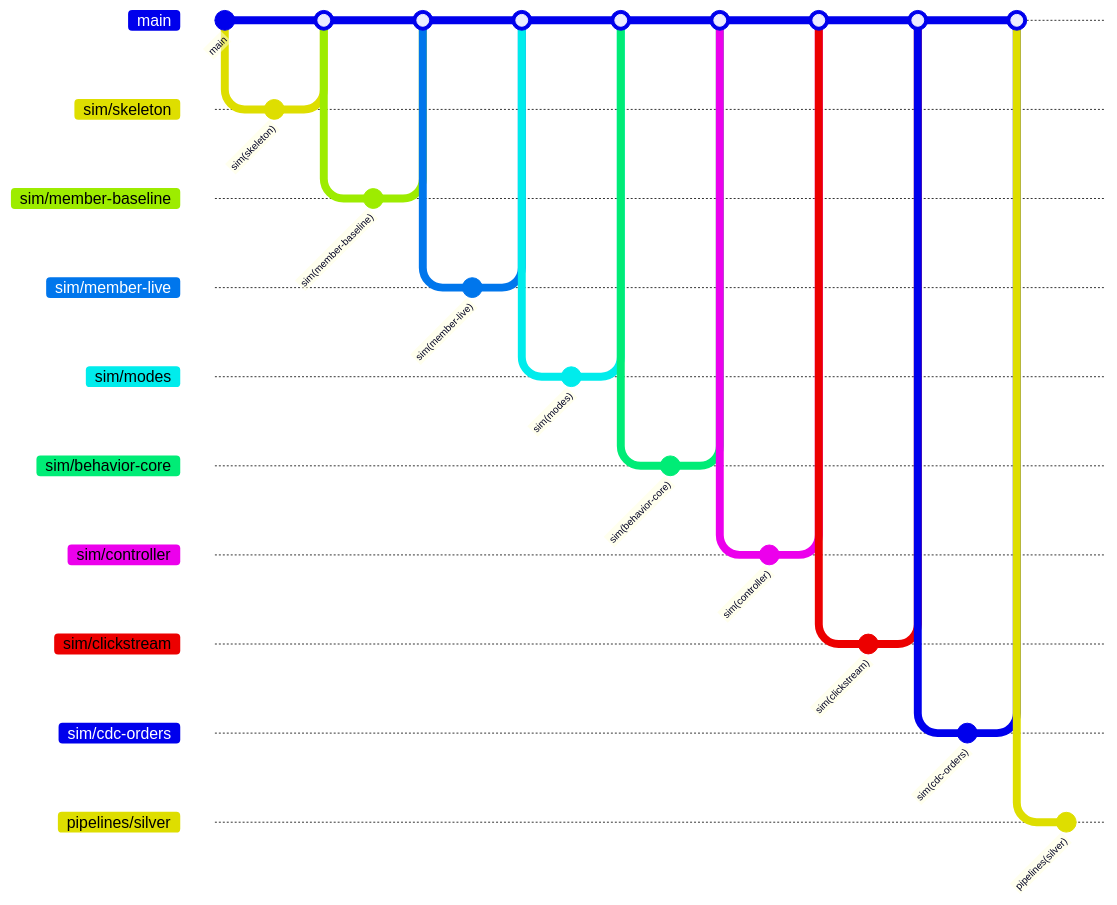
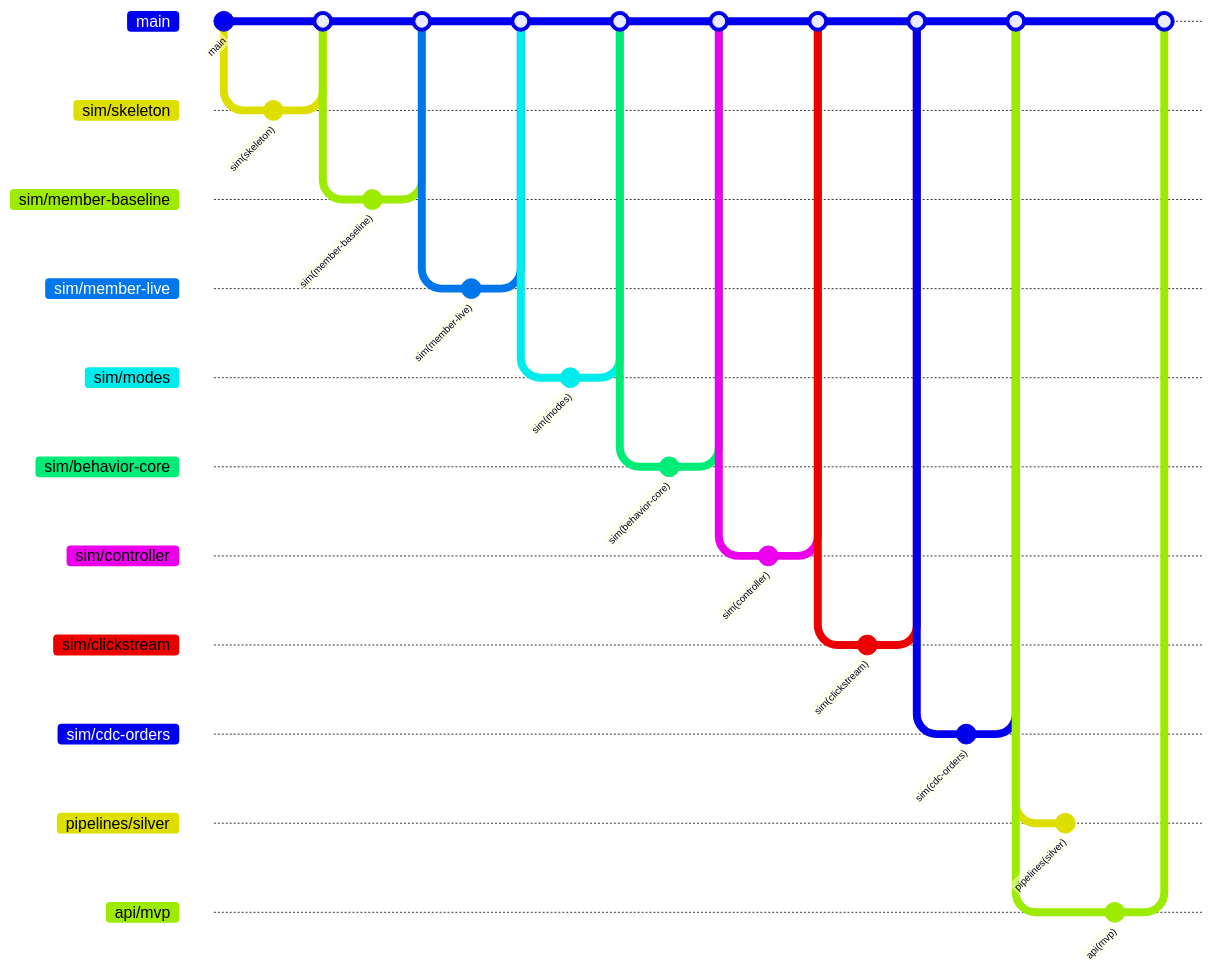
The diagram in docs/BRANCHES.md (josiah113366-sketch/clothes-query), drawn with Mermaid before and after one commit. The commit also changed other lines of this file and 1 other file, not shown here.

Commit message:
docs(api/mvp): 머지 반영, 대장 상태 머지됨·지시서 상태 완료

````diff
--- a/docs/BRANCHES.md
+++ b/docs/BRANCHES.md
@@ -36,38 +36,43 @@
 ```mermaid
 gitGraph
   commit id: "main"
   branch sim/skeleton
   commit id: "sim(skeleton)"
   checkout main
   merge sim/skeleton
   branch sim/member-baseline
   commit id: "sim(member-baseline)"
   checkout main
   merge sim/member-baseline
   branch sim/member-live
   commit id: "sim(member-live)"
   checkout main
   merge sim/member-live
   branch sim/modes
   commit id: "sim(modes)"
   checkout main
   merge sim/modes
   branch sim/behavior-core
   commit id: "sim(behavior-core)"
   checkout main
   merge sim/behavior-core
   branch sim/controller
   commit id: "sim(controller)"
   checkout main
   merge sim/controller
   branch sim/clickstream
   commit id: "sim(clickstream)"
   checkout main
   merge sim/clickstream
   branch sim/cdc-orders
   commit id: "sim(cdc-orders)"
   checkout main
   merge sim/cdc-orders
   branch pipelines/silver
   commit id: "pipelines(silver)"
+  checkout main
+  branch api/mvp
+  commit id: "api(mvp)"
+  checkout main
+  merge api/mvp
 ```
````
